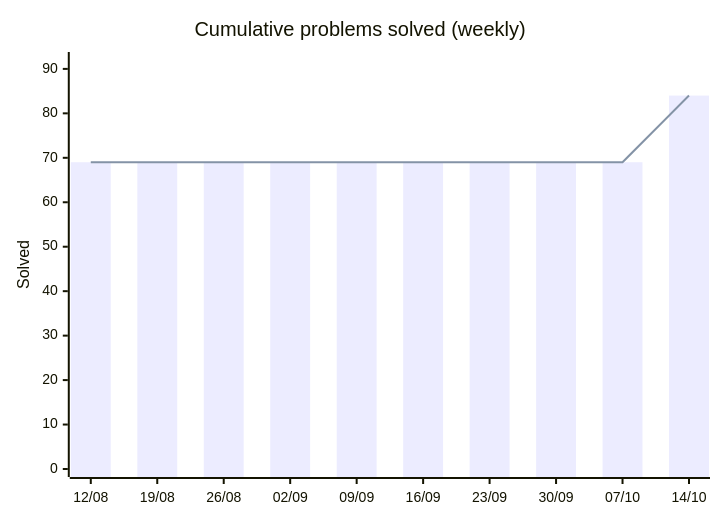
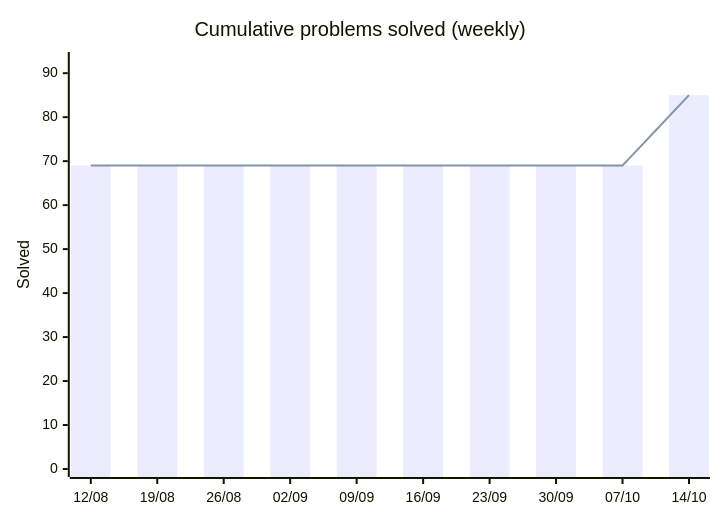
The first of 2 diagrams in README.md (HarryTrn/TensorTonic-Solutions), drawn with Mermaid before and after one commit. The commit also changed other lines of this file, not shown here.

````diff
--- a/README.md
+++ b/README.md
@@ -65,8 +65,8 @@
 ```mermaid
 xychart-beta
     title "Cumulative problems solved (weekly)"
     x-axis ["12/08", "19/08", "26/08", "02/09", "09/09", "16/09", "23/09", "30/09", "07/10", "14/10"]
-    y-axis "Solved" 0 --> 92
-    bar [69, 69, 69, 69, 69, 69, 69, 69, 69, 84]
-    line [69, 69, 69, 69, 69, 69, 69, 69, 69, 84]
+    y-axis "Solved" 0 --> 93
+    bar [69, 69, 69, 69, 69, 69, 69, 69, 69, 85]
+    line [69, 69, 69, 69, 69, 69, 69, 69, 69, 85]
 ```
````
